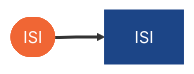
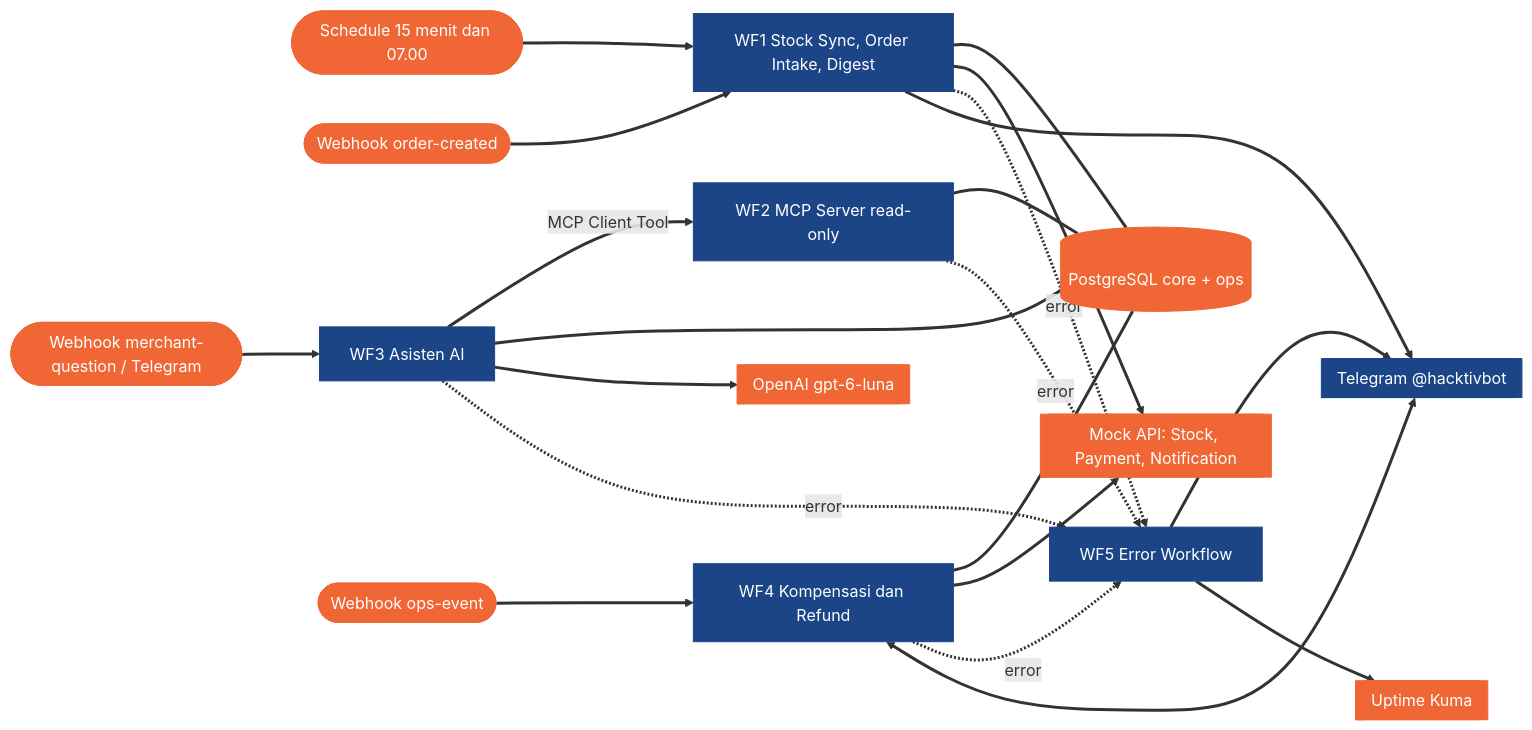
Before and after one commit to muhgifariakbar/milestone_phase_3: the diagram in docs/05-readme-solusi.md, drawn with Mermaid. The commit also changed other lines of this file and 14 other files, not shown here.

First line of the commit message:
Fill docs 01-05, add WF1 per-merchant loop and retry, set error workflow, add deploy evidence

````diff
--- a/docs/05-readme-solusi.md
+++ b/docs/05-readme-solusi.md
@@ -10,18 +9,30 @@
 ```mermaid
 ---
 config:
   look: classic
   flowchart:
     subGraphTitleMargin:
       top: 12
       bottom: 12
 ---
 flowchart LR
-    A([ISI]) --> B[ISI]
+    S([Schedule 15 menit dan 07.00]) --> WF1[WF1 Stock Sync, Order Intake, Digest]
+    O([Webhook order-created]) --> WF1
+    Q([Webhook merchant-question / Telegram]) --> WF3[WF3 Asisten AI]
+    WF3 -->|MCP Client Tool| WF2[WF2 MCP Server read-only]
+    E([Webhook ops-event]) --> WF4[WF4 Kompensasi dan Refund]
+    WF1 & WF2 & WF3 & WF4 --- DB[(PostgreSQL core + ops)]
+    WF1 & WF4 --> API[[Mock API: Stock, Payment, Notification]]
+    WF3 --> LLM[[OpenAI gpt-6-luna]]
+    WF1 & WF2 & WF3 & WF4 -. error .-> WF5[WF5 Error Workflow]
+    WF5 --> TG[[Telegram @hacktivbot]]
+    WF5 --> KUMA[[Uptime Kuma]]
+    WF1 --> TG
+    WF4 <--> TG
     linkStyle default stroke-width:3px
     classDef navy fill:#1C4587,stroke:#1C4587,color:#FFFFFF
     classDef orange fill:#F06634,stroke:#F06634,color:#FFFFFF
     classDef opt fill:none,stroke:#F06634,stroke-width:3px,stroke-dasharray:6 4
-    class A orange
-    class B navy
+    class S,O,Q,E,DB,API,LLM,KUMA orange
+    class WF1,WF2,WF3,WF4,WF5,TG navy
 ```
````
